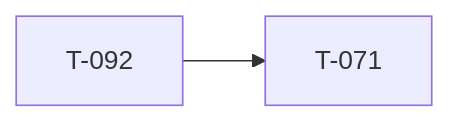
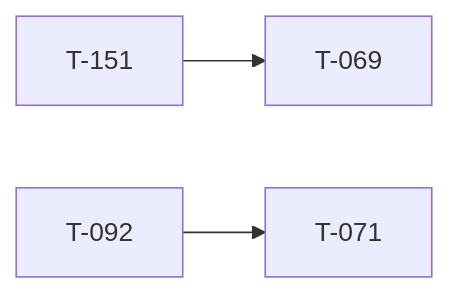
Before and after one commit to darkforce09/TBD-reforger: the diagram in docs/TICKET_LEAD.md, drawn with Mermaid. The commit also changed other lines of this file and 12 other files, not shown here.

````diff
--- a/docs/TICKET_LEAD.md
+++ b/docs/TICKET_LEAD.md
@@ -29,4 +29,5 @@
 ```mermaid
 flowchart LR
+  T151[T-151] --> T069[T-069]
   T092[T-092] --> T071[T-071]
 ```
````
